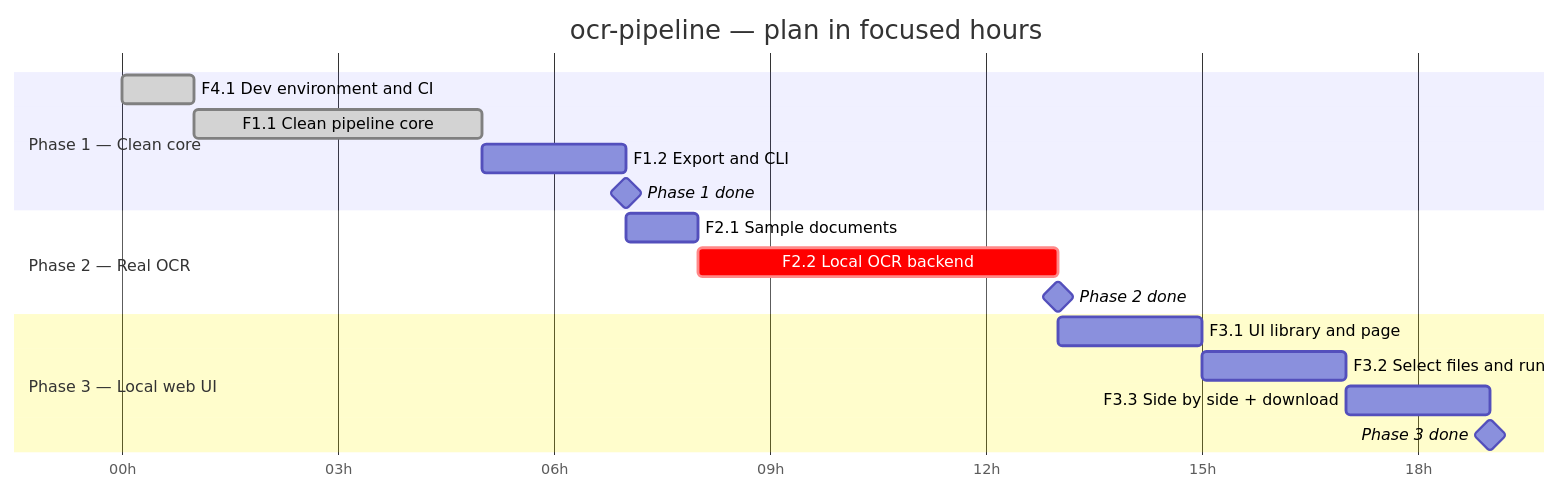
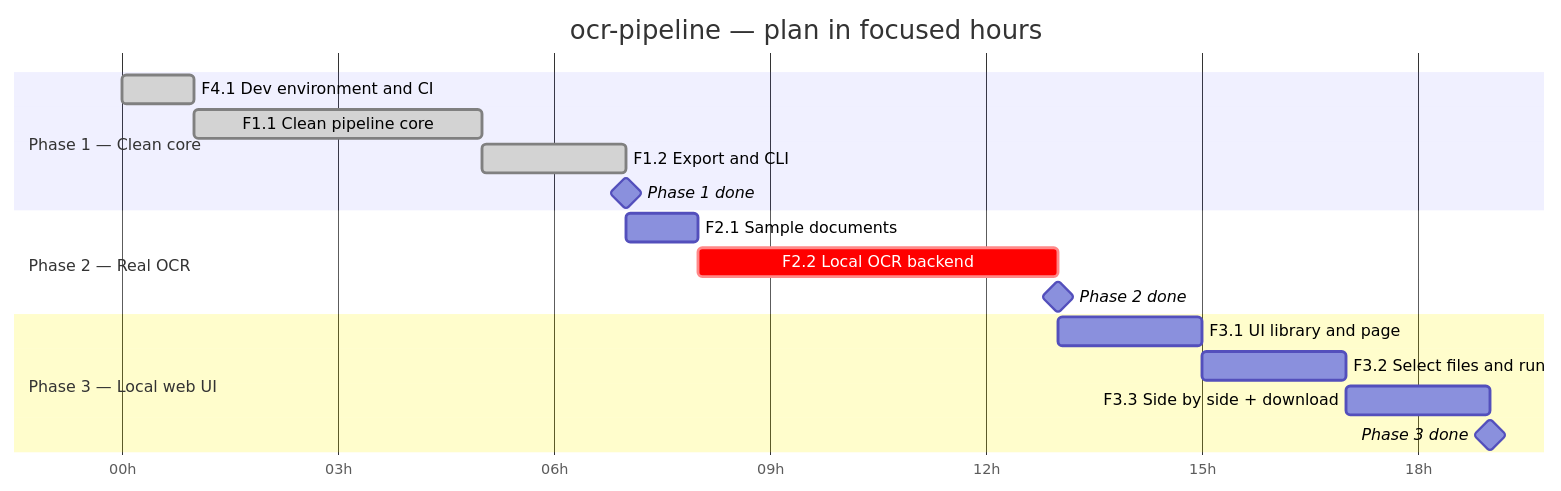
Before and after one commit to flegaspi700/ocr-pipeline: the diagram in docs/04-project-plan.md, drawn with Mermaid. The commit also changed other lines of this file and 10 other files, not shown here.

````diff
--- a/docs/04-project-plan.md
+++ b/docs/04-project-plan.md
@@ -143,23 +143,23 @@
 ```mermaid
 gantt
     title ocr-pipeline — plan in focused hours
     dateFormat YYYY-MM-DD HH:mm
     axisFormat %Hh
 
     section Phase 1 — Clean core
     F4.1 Dev environment and CI   :done, f41, 2026-10-10 00:00, 1h
     F1.1 Clean pipeline core      :done, f11, after f41, 4h
-    F1.2 Export and CLI           :f12, after f11, 2h
+    F1.2 Export and CLI           :done, f12, after f11, 2h
     Phase 1 done                  :milestone, m1, after f12, 0h
 
     section Phase 2 — Real OCR
     F2.1 Sample documents         :f21, after m1, 1h
     F2.2 Local OCR backend        :crit, f22, after f21, 5h
     Phase 2 done                  :milestone, m2, after f22, 0h
 
     section Phase 3 — Local web UI
     F3.1 UI library and page      :f31, after m2, 2h
     F3.2 Select files and run     :f32, after f31, 2h
     F3.3 Side by side + download  :f33, after f32, 2h
     Phase 3 done                  :milestone, m3, after f33, 0h
 ```
````
